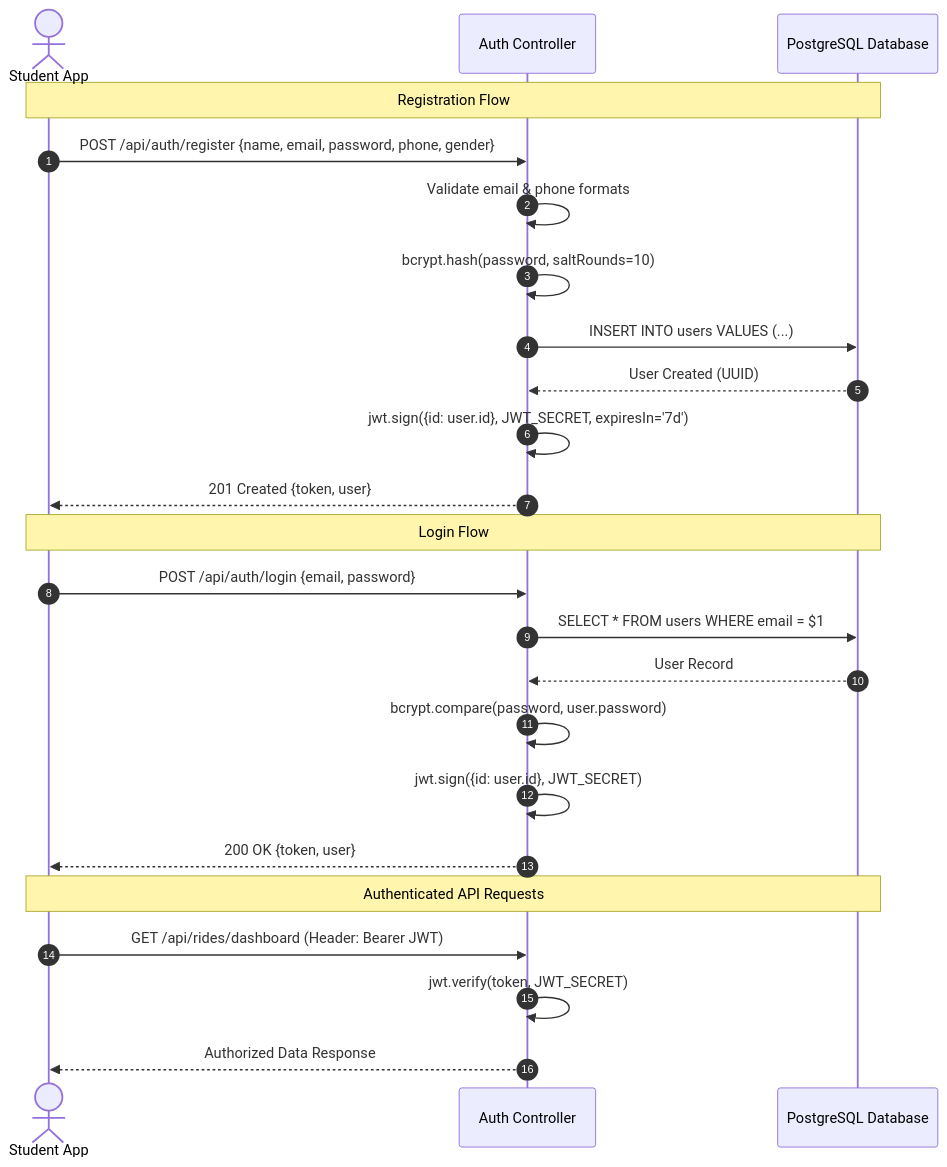
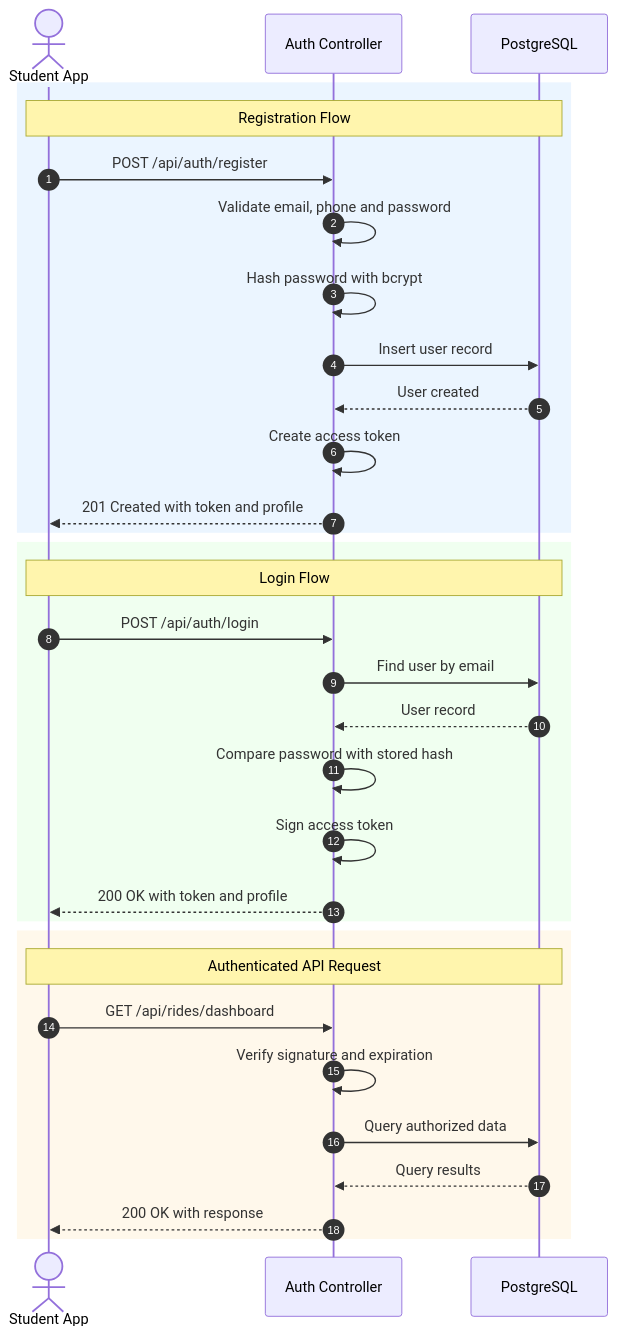
Before and after one commit to Thilak-K2121/AutoMate: the third of 6 diagrams in SYSTEM_DESIGN_AND_ARCHITECTURE_GUIDE.md, drawn with Mermaid. The commit also changed other lines of this file, not shown here.

First line of the commit message:
Refine formatting and content in architecture guide

````diff
--- a/SYSTEM_DESIGN_AND_ARCHITECTURE_GUIDE.md
+++ b/SYSTEM_DESIGN_AND_ARCHITECTURE_GUIDE.md
@@ -378,29 +590,37 @@
 ```mermaid
 sequenceDiagram
     autonumber
     actor User as Student App
     participant Auth as Auth Controller
-    participant DB as PostgreSQL Database
+    participant DB as PostgreSQL
 
-    Note over User, DB: Registration Flow
-    User->>Auth: POST /api/auth/register {name, email, password, phone, gender}
-    Auth->>Auth: Validate email & phone formats
-    Auth->>Auth: bcrypt.hash(password, saltRounds=10)
-    Auth->>DB: INSERT INTO users VALUES (...)
-    DB-->>Auth: User Created (UUID)
-    Auth->>Auth: jwt.sign({id: user.id}, JWT_SECRET, expiresIn='7d')
-    Auth-->>User: 201 Created {token, user}
+    rect rgb(235, 245, 255)
+        Note over User,DB: Registration Flow
+        User->>Auth: POST /api/auth/register
+        Auth->>Auth: Validate email, phone and password
+        Auth->>Auth: Hash password with bcrypt
+        Auth->>DB: Insert user record
+        DB-->>Auth: User created
+        Auth->>Auth: Create access token
+        Auth-->>User: 201 Created with token and profile
+    end
 
-    Note over User, DB: Login Flow
-    User->>Auth: POST /api/auth/login {email, password}
-    Auth->>DB: SELECT * FROM users WHERE email = $1
-    DB-->>Auth: User Record
-    Auth->>Auth: bcrypt.compare(password, user.password)
-    Auth->>Auth: jwt.sign({id: user.id}, JWT_SECRET)
-    Auth-->>User: 200 OK {token, user}
+    rect rgb(240, 255, 240)
+        Note over User,DB: Login Flow
+        User->>Auth: POST /api/auth/login
+        Auth->>DB: Find user by email
+        DB-->>Auth: User record
+        Auth->>Auth: Compare password with stored hash
+        Auth->>Auth: Sign access token
+        Auth-->>User: 200 OK with token and profile
+    end
 
-    Note over User, DB: Authenticated API Requests
-    User->>Auth: GET /api/rides/dashboard (Header: Bearer JWT)
-    Auth->>Auth: jwt.verify(token, JWT_SECRET)
-    Auth-->>User: Authorized Data Response
+    rect rgb(255, 248, 235)
+        Note over User,DB: Authenticated API Request
+        User->>Auth: GET /api/rides/dashboard
+        Auth->>Auth: Verify signature and expiration
+        Auth->>DB: Query authorized data
+        DB-->>Auth: Query results
+        Auth-->>User: 200 OK with response
+    end
 ```
````
